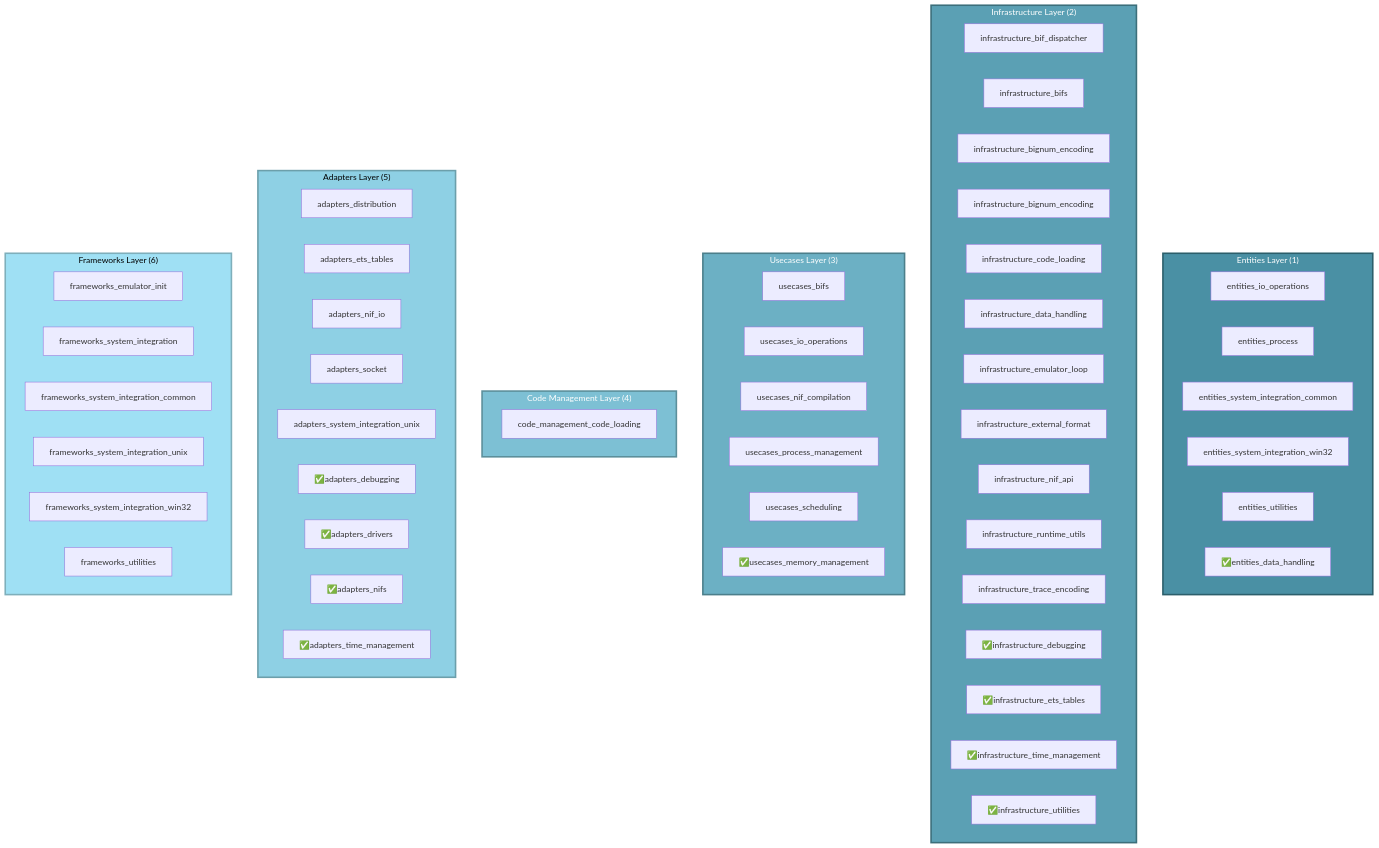
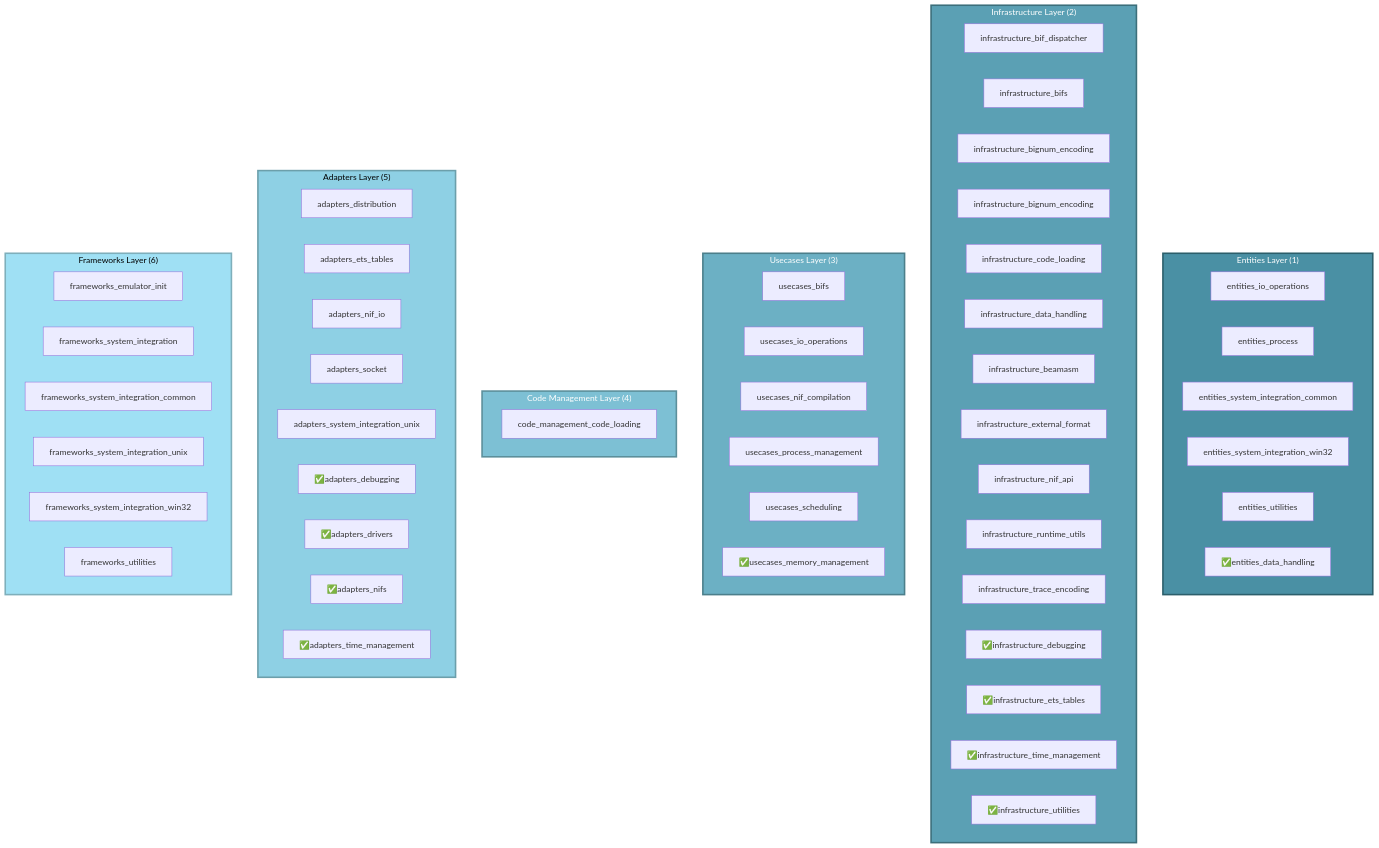
The diagram in rust-conversion/solid-clear-design/layers-groups.mmd (yenrab/iron-beam), drawn with Mermaid before and after one commit. The commit also changed 6 other files, not shown here.

```diff
--- a/rust-conversion/solid-clear-design/layers-groups.mmd
+++ b/rust-conversion/solid-clear-design/layers-groups.mmd
@@ -1,67 +1,67 @@
 graph TD
     subgraph entities["Entities Layer (1)"]
         BehaviorGroup_5["entities_io_operations"]
         BehaviorGroup_36["entities_process"]
         BehaviorGroup_2["entities_system_integration_common"]
         BehaviorGroup_3["entities_system_integration_win32"]
         BehaviorGroup_4["entities_utilities"]
         BehaviorGroup_1["✅entities_data_handling"]
     end
     style entities fill:#4A90A4,stroke:#2C5F6B,stroke-width:3px,color:#FFFFFF
 
     subgraph infrastructure["Infrastructure Layer (2)"]
         BehaviorGroup_infrastructure_bif_dispatcher["infrastructure_bif_dispatcher"]
         BehaviorGroup_28["infrastructure_bifs"]
         BehaviorGroup_31["infrastructure_bignum_encoding"]
         BehaviorGroup_32["infrastructure_bignum_encoding"]
         BehaviorGroup_29["infrastructure_code_loading"]
         BehaviorGroup_30["infrastructure_data_handling"]
-        BehaviorGroup_infrastructure_emulator_loop["infrastructure_emulator_loop"]
+        BehaviorGroup_infrastructure_beamasm["infrastructure_beamasm"]
         BehaviorGroup_infrastructure_external_format["infrastructure_external_format"]
         BehaviorGroup_35["infrastructure_nif_api"]
         BehaviorGroup_infrastructure_runtime_utils["infrastructure_runtime_utils"]
         BehaviorGroup_33["infrastructure_trace_encoding"]
         BehaviorGroup_25["✅infrastructure_debugging"]
         BehaviorGroup_26["✅infrastructure_ets_tables"]
         BehaviorGroup_27["✅infrastructure_time_management"]
         BehaviorGroup_24["✅infrastructure_utilities"]
     end
     style infrastructure fill:#5BA0B4,stroke:#3C6F7B,stroke-width:3px,color:#FFFFFF
 
     subgraph usecases["Usecases Layer (3)"]
         BehaviorGroup_9["usecases_bifs"]
         BehaviorGroup_8["usecases_io_operations"]
         BehaviorGroup_usecases_nif_compilation["usecases_nif_compilation"]
         BehaviorGroup_7["usecases_process_management"]
         BehaviorGroup_usecases_scheduling["usecases_scheduling"]
         BehaviorGroup_6["✅usecases_memory_management"]
     end
     style usecases fill:#6CB0C4,stroke:#4C7F8B,stroke-width:3px,color:#FFFFFF
 
     subgraph codemanagement["Code Management Layer (4)"]
         BehaviorGroup_34["code_management_code_loading"]
     end
     style codemanagement fill:#7DC0D4,stroke:#5C8F9B,stroke-width:3px,color:#FFFFFF
 
     subgraph adapters["Adapters Layer (5)"]
         BehaviorGroup_18["adapters_distribution"]
         BehaviorGroup_12["adapters_ets_tables"]
         BehaviorGroup_17["adapters_nif_io"]
         BehaviorGroup_37["adapters_socket"]
         BehaviorGroup_16["adapters_system_integration_unix"]
         BehaviorGroup_13["✅adapters_debugging"]
         BehaviorGroup_14["✅adapters_drivers"]
         BehaviorGroup_10["✅adapters_nifs"]
         BehaviorGroup_15["✅adapters_time_management"]
     end
     style adapters fill:#8ED0E4,stroke:#6C9FAB,stroke-width:3px,color:#000000
 
     subgraph frameworks["Frameworks Layer (6)"]
         BehaviorGroup_frameworks_emulator_init["frameworks_emulator_init"]
         BehaviorGroup_23["frameworks_system_integration"]
         BehaviorGroup_22["frameworks_system_integration_common"]
         BehaviorGroup_21["frameworks_system_integration_unix"]
         BehaviorGroup_20["frameworks_system_integration_win32"]
         BehaviorGroup_19["frameworks_utilities"]
     end
     style frameworks fill:#9FE0F4,stroke:#7FAFBB,stroke-width:3px,color:#000000
```
